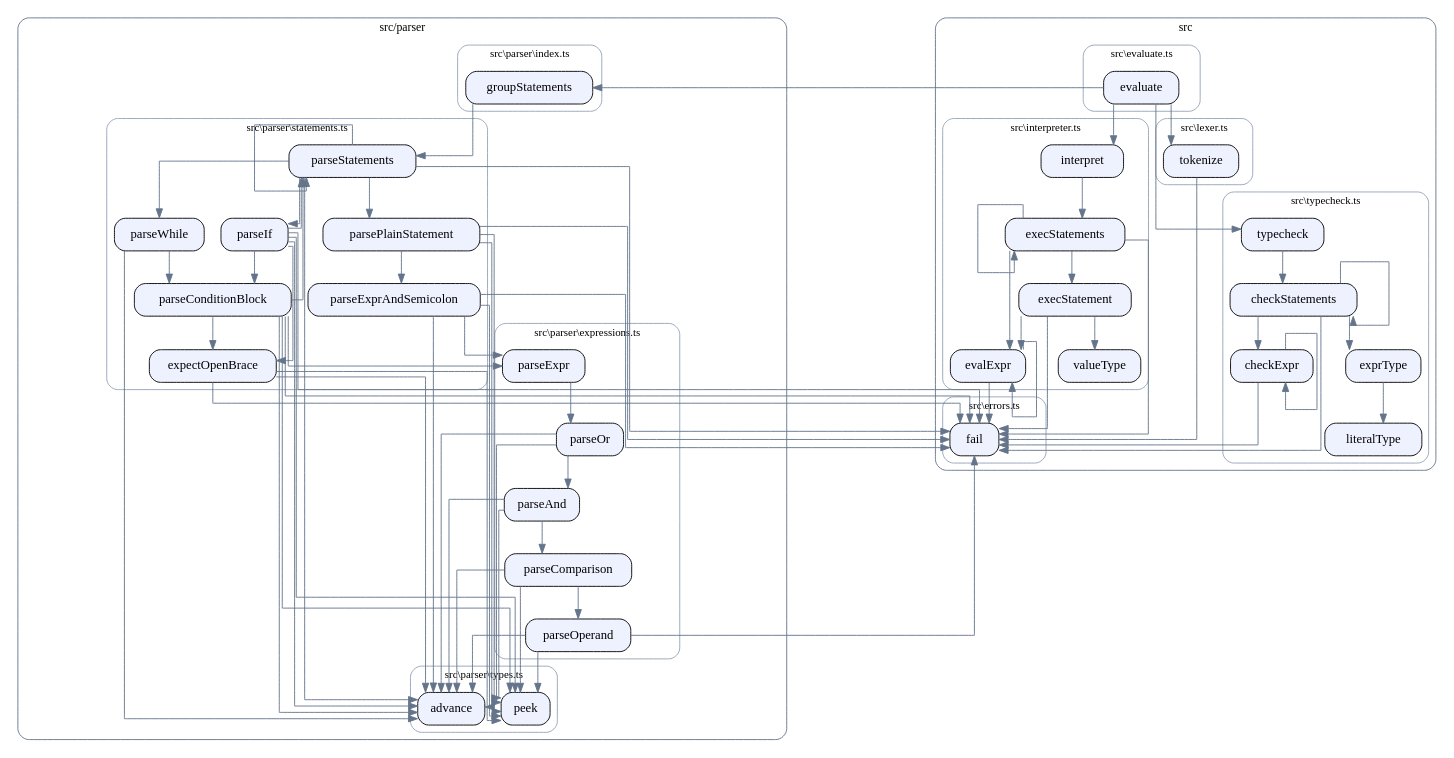
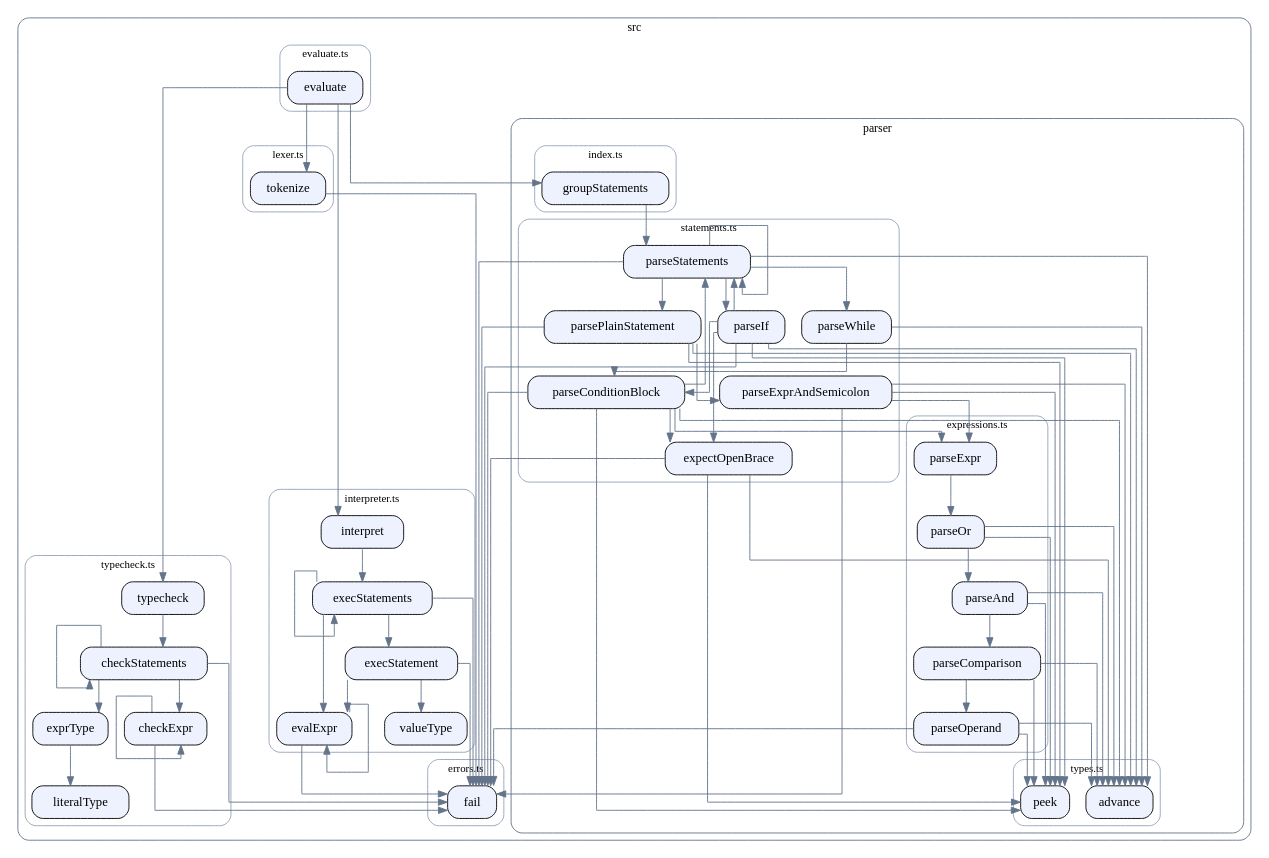
The diagram in docs/callgraph.dot (SirMathhman/Tuff), drawn with Graphviz before and after one commit. The commit also changed 7 other files, not shown here.

```diff
--- a/docs/callgraph.dot
+++ b/docs/callgraph.dot
@@ -1,179 +1,179 @@
 digraph tuff {
   rankdir=TB;
   splines=ortho;
   node [shape=box, style="rounded,filled", fillcolor="#eef2ff", fontname="Consolas"];
   edge [color="#64748b"];
   subgraph "cluster_dir_src" {
     style="rounded";
     color="#64748b";
     fontname="Consolas";
     fontsize=13;
     label="src";
   subgraph "cluster_src_errors_ts" {
     style="rounded";
     color="#94a3b8";
     fontname="Consolas";
     fontsize=12;
-    label="src\\errors.ts";
+    label="errors.ts";
     "src\\errors.ts::fail" [label="fail"];
   }
   subgraph "cluster_src_evaluate_ts" {
     style="rounded";
     color="#94a3b8";
     fontname="Consolas";
     fontsize=12;
-    label="src\\evaluate.ts";
+    label="evaluate.ts";
     "src\\evaluate.ts::evaluate" [label="evaluate"];
   }
   subgraph "cluster_src_interpreter_ts" {
     style="rounded";
     color="#94a3b8";
     fontname="Consolas";
     fontsize=12;
-    label="src\\interpreter.ts";
+    label="interpreter.ts";
     "src\\interpreter.ts::valueType" [label="valueType"];
     "src\\interpreter.ts::evalExpr" [label="evalExpr"];
     "src\\interpreter.ts::execStatement" [label="execStatement"];
     "src\\interpreter.ts::execStatements" [label="execStatements"];
     "src\\interpreter.ts::interpret" [label="interpret"];
   }
   subgraph "cluster_src_lexer_ts" {
     style="rounded";
     color="#94a3b8";
     fontname="Consolas";
     fontsize=12;
-    label="src\\lexer.ts";
+    label="lexer.ts";
     "src\\lexer.ts::tokenize" [label="tokenize"];
   }
   subgraph "cluster_src_typecheck_ts" {
     style="rounded";
     color="#94a3b8";
     fontname="Consolas";
     fontsize=12;
-    label="src\\typecheck.ts";
+    label="typecheck.ts";
     "src\\typecheck.ts::literalType" [label="literalType"];
     "src\\typecheck.ts::checkExpr" [label="checkExpr"];
     "src\\typecheck.ts::exprType" [label="exprType"];
     "src\\typecheck.ts::checkStatements" [label="checkStatements"];
     "src\\typecheck.ts::typecheck" [label="typecheck"];
   }
-  }
   subgraph "cluster_dir_src_parser" {
     style="rounded";
     color="#64748b";
     fontname="Consolas";
     fontsize=13;
-    label="src/parser";
+    label="parser";
   subgraph "cluster_src_parser_expressions_ts" {
     style="rounded";
     color="#94a3b8";
     fontname="Consolas";
     fontsize=12;
-    label="src\\parser\\expressions.ts";
+    label="expressions.ts";
     "src\\parser\\expressions.ts::parseExpr" [label="parseExpr"];
     "src\\parser\\expressions.ts::parseOr" [label="parseOr"];
     "src\\parser\\expressions.ts::parseAnd" [label="parseAnd"];
     "src\\parser\\expressions.ts::parseComparison" [label="parseComparison"];
     "src\\parser\\expressions.ts::parseOperand" [label="parseOperand"];
   }
   subgraph "cluster_src_parser_index_ts" {
     style="rounded";
     color="#94a3b8";
     fontname="Consolas";
     fontsize=12;
-    label="src\\parser\\index.ts";
+    label="index.ts";
     "src\\parser\\index.ts::groupStatements" [label="groupStatements"];
   }
   subgraph "cluster_src_parser_statements_ts" {
     style="rounded";
     color="#94a3b8";
     fontname="Consolas";
     fontsize=12;
-    label="src\\parser\\statements.ts";
+    label="statements.ts";
     "src\\parser\\statements.ts::parseStatements" [label="parseStatements"];
     "src\\parser\\statements.ts::parseExprAndSemicolon" [label="parseExprAndSemicolon"];
     "src\\parser\\statements.ts::expectOpenBrace" [label="expectOpenBrace"];
     "src\\parser\\statements.ts::parsePlainStatement" [label="parsePlainStatement"];
     "src\\parser\\statements.ts::parseConditionBlock" [label="parseConditionBlock"];
     "src\\parser\\statements.ts::parseIf" [label="parseIf"];
     "src\\parser\\statements.ts::parseWhile" [label="parseWhile"];
   }
   subgraph "cluster_src_parser_types_ts" {
     style="rounded";
     color="#94a3b8";
     fontname="Consolas";
     fontsize=12;
-    label="src\\parser\\types.ts";
+    label="types.ts";
     "src\\parser\\types.ts::peek" [label="peek"];
     "src\\parser\\types.ts::advance" [label="advance"];
+  }
   }
   }
   "src\\evaluate.ts::evaluate" -> "src\\lexer.ts::tokenize";
   "src\\evaluate.ts::evaluate" -> "src\\parser\\index.ts::groupStatements";
   "src\\evaluate.ts::evaluate" -> "src\\typecheck.ts::typecheck";
   "src\\evaluate.ts::evaluate" -> "src\\interpreter.ts::interpret";
   "src\\interpreter.ts::evalExpr" -> "src\\errors.ts::fail";
   "src\\interpreter.ts::evalExpr" -> "src\\interpreter.ts::evalExpr";
   "src\\interpreter.ts::execStatement" -> "src\\errors.ts::fail";
   "src\\interpreter.ts::execStatement" -> "src\\interpreter.ts::evalExpr";
   "src\\interpreter.ts::execStatement" -> "src\\interpreter.ts::valueType";
   "src\\interpreter.ts::execStatements" -> "src\\interpreter.ts::execStatements";
   "src\\interpreter.ts::execStatements" -> "src\\errors.ts::fail";
   "src\\interpreter.ts::execStatements" -> "src\\interpreter.ts::evalExpr";
   "src\\interpreter.ts::execStatements" -> "src\\interpreter.ts::execStatement";
   "src\\interpreter.ts::interpret" -> "src\\interpreter.ts::execStatements";
   "src\\lexer.ts::tokenize" -> "src\\errors.ts::fail";
   "src\\parser\\expressions.ts::parseExpr" -> "src\\parser\\expressions.ts::parseOr";
   "src\\parser\\expressions.ts::parseOr" -> "src\\parser\\expressions.ts::parseAnd";
   "src\\parser\\expressions.ts::parseOr" -> "src\\parser\\types.ts::peek";
   "src\\parser\\expressions.ts::parseOr" -> "src\\parser\\types.ts::advance";
   "src\\parser\\expressions.ts::parseAnd" -> "src\\parser\\expressions.ts::parseComparison";
   "src\\parser\\expressions.ts::parseAnd" -> "src\\parser\\types.ts::peek";
   "src\\parser\\expressions.ts::parseAnd" -> "src\\parser\\types.ts::advance";
   "src\\parser\\expressions.ts::parseComparison" -> "src\\parser\\expressions.ts::parseOperand";
   "src\\parser\\expressions.ts::parseComparison" -> "src\\parser\\types.ts::peek";
   "src\\parser\\expressions.ts::parseComparison" -> "src\\parser\\types.ts::advance";
   "src\\parser\\expressions.ts::parseOperand" -> "src\\parser\\types.ts::peek";
   "src\\parser\\expressions.ts::parseOperand" -> "src\\errors.ts::fail";
   "src\\parser\\expressions.ts::parseOperand" -> "src\\parser\\types.ts::advance";
   "src\\parser\\index.ts::groupStatements" -> "src\\parser\\statements.ts::parseStatements";
   "src\\parser\\statements.ts::parseStatements" -> "src\\parser\\types.ts::advance";
   "src\\parser\\statements.ts::parseStatements" -> "src\\parser\\statements.ts::parseStatements";
   "src\\parser\\statements.ts::parseStatements" -> "src\\errors.ts::fail";
   "src\\parser\\statements.ts::parseStatements" -> "src\\parser\\statements.ts::parseIf";
   "src\\parser\\statements.ts::parseStatements" -> "src\\parser\\statements.ts::parseWhile";
   "src\\parser\\statements.ts::parseStatements" -> "src\\parser\\statements.ts::parsePlainStatement";
   "src\\parser\\statements.ts::parseExprAndSemicolon" -> "src\\parser\\expressions.ts::parseExpr";
   "src\\parser\\statements.ts::parseExprAndSemicolon" -> "src\\parser\\types.ts::peek";
   "src\\parser\\statements.ts::parseExprAndSemicolon" -> "src\\errors.ts::fail";
   "src\\parser\\statements.ts::parseExprAndSemicolon" -> "src\\parser\\types.ts::advance";
   "src\\parser\\statements.ts::expectOpenBrace" -> "src\\parser\\types.ts::peek";
   "src\\parser\\statements.ts::expectOpenBrace" -> "src\\errors.ts::fail";
   "src\\parser\\statements.ts::expectOpenBrace" -> "src\\parser\\types.ts::advance";
   "src\\parser\\statements.ts::parsePlainStatement" -> "src\\parser\\types.ts::peek";
   "src\\parser\\statements.ts::parsePlainStatement" -> "src\\errors.ts::fail";
   "src\\parser\\statements.ts::parsePlainStatement" -> "src\\parser\\types.ts::advance";
   "src\\parser\\statements.ts::parsePlainStatement" -> "src\\parser\\statements.ts::parseExprAndSemicolon";
   "src\\parser\\statements.ts::parseConditionBlock" -> "src\\parser\\types.ts::peek";
   "src\\parser\\statements.ts::parseConditionBlock" -> "src\\errors.ts::fail";
   "src\\parser\\statements.ts::parseConditionBlock" -> "src\\parser\\types.ts::advance";
   "src\\parser\\statements.ts::parseConditionBlock" -> "src\\parser\\expressions.ts::parseExpr";
   "src\\parser\\statements.ts::parseConditionBlock" -> "src\\parser\\statements.ts::expectOpenBrace";
   "src\\parser\\statements.ts::parseConditionBlock" -> "src\\parser\\statements.ts::parseStatements";
   "src\\parser\\statements.ts::parseIf" -> "src\\parser\\types.ts::advance";
   "src\\parser\\statements.ts::parseIf" -> "src\\parser\\statements.ts::parseConditionBlock";
   "src\\parser\\statements.ts::parseIf" -> "src\\parser\\types.ts::peek";
   "src\\parser\\statements.ts::parseIf" -> "src\\parser\\statements.ts::expectOpenBrace";
   "src\\parser\\statements.ts::parseIf" -> "src\\parser\\statements.ts::parseStatements";
   "src\\parser\\statements.ts::parseIf" -> "src\\errors.ts::fail";
   "src\\parser\\statements.ts::parseWhile" -> "src\\parser\\types.ts::advance";
   "src\\parser\\statements.ts::parseWhile" -> "src\\parser\\statements.ts::parseConditionBlock";
   "src\\typecheck.ts::checkExpr" -> "src\\errors.ts::fail";
   "src\\typecheck.ts::checkExpr" -> "src\\typecheck.ts::checkExpr";
   "src\\typecheck.ts::exprType" -> "src\\typecheck.ts::literalType";
   "src\\typecheck.ts::checkStatements" -> "src\\typecheck.ts::checkExpr";
   "src\\typecheck.ts::checkStatements" -> "src\\typecheck.ts::exprType";
   "src\\typecheck.ts::checkStatements" -> "src\\errors.ts::fail";
   "src\\typecheck.ts::checkStatements" -> "src\\typecheck.ts::checkStatements";
   "src\\typecheck.ts::typecheck" -> "src\\typecheck.ts::checkStatements";
 }
```
